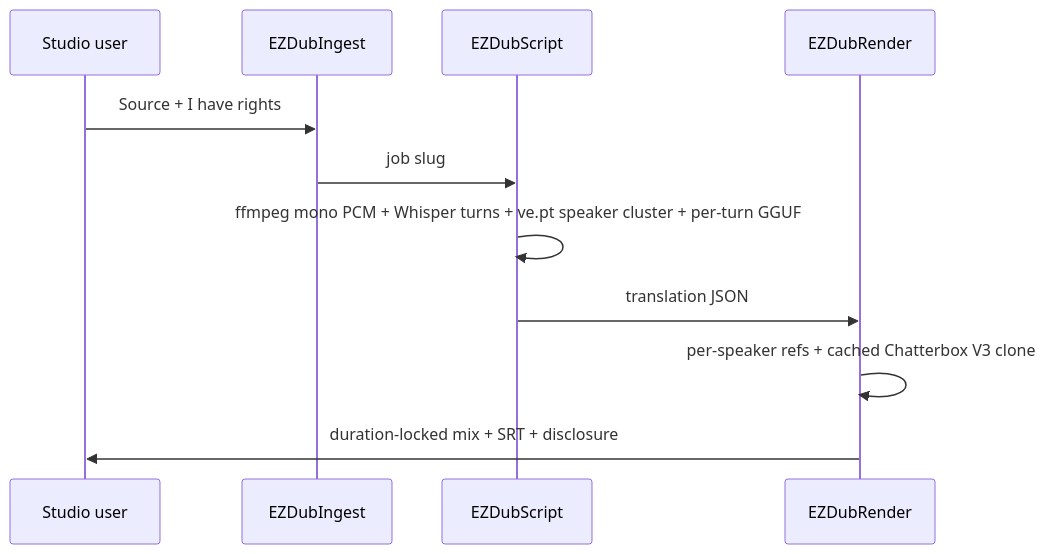
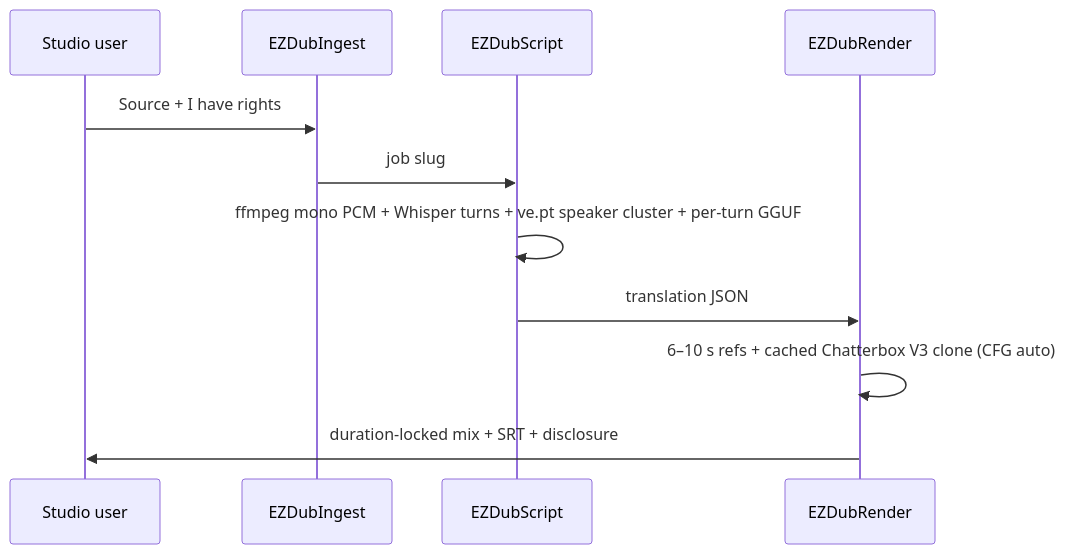
Before and after one commit to toxicoder/ez-comfy-stack: the diagram in docs/dub.md, drawn with Mermaid. The commit also changed other lines of this file and 12 other files, not shown here.

First line of the commit message:
feat: improve dub clone quality for Chatterbox V3

````diff
--- a/docs/dub.md
+++ b/docs/dub.md
@@ -167,14 +170,14 @@
 ```mermaid
 sequenceDiagram
   participant U as Studio user
   participant I as EZDubIngest
   participant S as EZDubScript
   participant R as EZDubRender
 
   U->>I: Source + I have rights
   I->>S: job slug
   S->>S: ffmpeg mono PCM + Whisper turns + ve.pt speaker cluster + per-turn GGUF
   S->>R: translation JSON
-  R->>R: per-speaker refs + cached Chatterbox V3 clone
+  R->>R: 6–10 s refs + cached Chatterbox V3 clone (CFG auto)
   R->>U: duration-locked mix + SRT + disclosure
 ```
````
